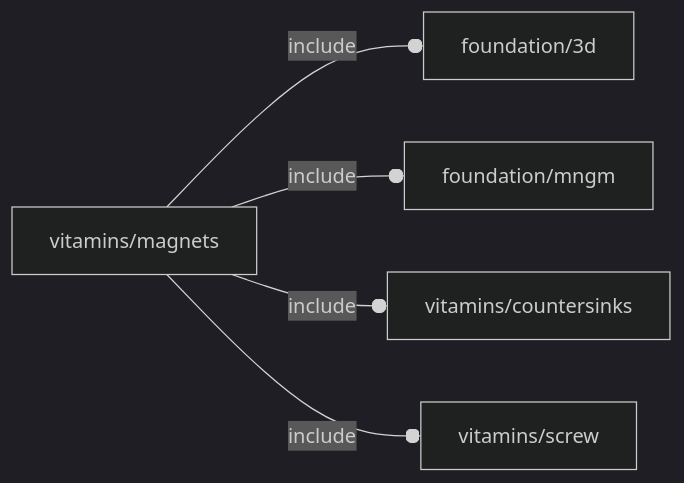
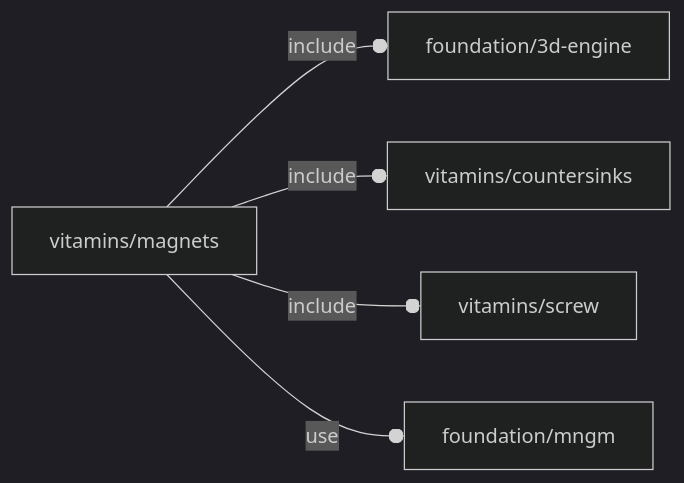
One commit to ggabbiani/OFL changed the diagram in orthodocs/vitamins/magnets.md. Above: the diagram before and after it, drawn with Mermaid (dark theme). The commit also changed 74 other files, not shown here.

````diff
--- a/orthodocs/vitamins/magnets.md
+++ b/orthodocs/vitamins/magnets.md
@@ -5,7 +5,7 @@
 ```mermaid
 graph LR
-    A1[vitamins/magnets] --o|include| A2[foundation/3d]
-    A1 --o|include| A3[foundation/mngm]
-    A1 --o|include| A4[vitamins/countersinks]
-    A1 --o|include| A5[vitamins/screw]
+    A1[vitamins/magnets] --o|include| A2[foundation/3d-engine]
+    A1 --o|include| A3[vitamins/countersinks]
+    A1 --o|include| A4[vitamins/screw]
+    A1 --o|use| A5[foundation/mngm]
 ```
````
